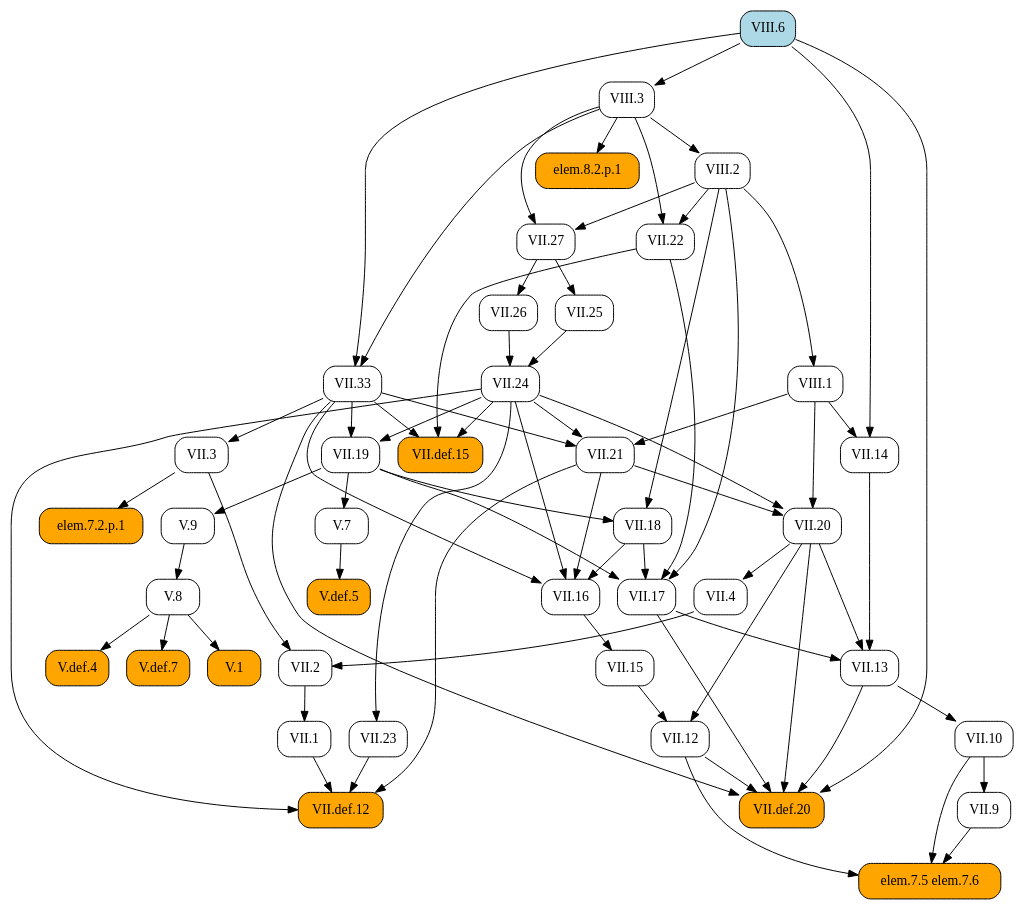
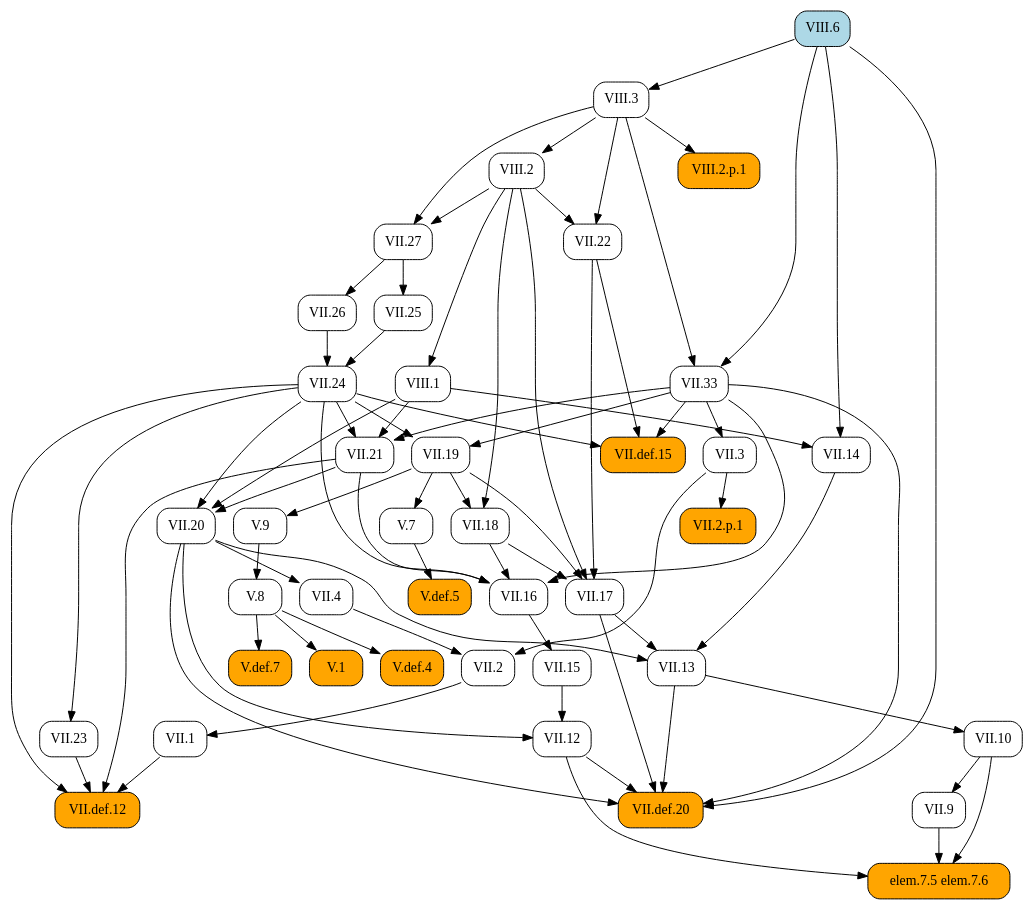
The diagram in docsrc/heath/VIII/6/index.rst (geometor/elements), drawn with Graphviz before and after one commit. The commit also changed 484 other files, not shown here.

```diff
--- a/docsrc/heath/VIII/6/index.rst
+++ b/docsrc/heath/VIII/6/index.rst
@@ -44,116 +44,116 @@
    digraph {
      rankdir="TB";
      node [shape=box, style=rounded];
-     "VII.1" [URL="/heath/VII/1/", target="_top"];
+     "VII.33" [URL="/heath/VII/33/", target="_top"];
+     "VII.12" [URL="/heath/VII/12/", target="_top"];
+     "elem.7.5 elem.7.6" [style="rounded,filled", fillcolor=orange];
+     "VIII.6" [style="rounded,filled", fillcolor=lightblue, URL="/heath/VIII/6/", target="_top"];
      "VII.9" [URL="/heath/VII/9/", target="_top"];
-     "V.def.5" [style="rounded,filled", fillcolor=orange, URL="/heath/V/def.5/", target="_top"];
-     "VII.17" [URL="/heath/VII/17/", target="_top"];
-     "VII.3" [URL="/heath/VII/3/", target="_top"];
-     "elem.7.5 elem.7.6" [style="rounded,filled", fillcolor=orange];
-     "V.7" [URL="/heath/V/7/", target="_top"];
-     "V.9" [URL="/heath/V/9/", target="_top"];
-     "VII.13" [URL="/heath/VII/13/", target="_top"];
-     "VII.2" [URL="/heath/VII/2/", target="_top"];
-     "VIII.1" [URL="/heath/VIII/1/", target="_top"];
      "VIII.2" [URL="/heath/VIII/2/", target="_top"];
-     "VII.12" [URL="/heath/VII/12/", target="_top"];
-     "VII.24" [URL="/heath/VII/24/", target="_top"];
-     "VIII.6" [style="rounded,filled", fillcolor=lightblue, URL="/heath/VIII/6/", target="_top"];
-     "VII.def.12" [style="rounded,filled", fillcolor=orange, URL="/heath/VII/def.12/", target="_top"];
-     "V.8" [URL="/heath/V/8/", target="_top"];
-     "VII.33" [URL="/heath/VII/33/", target="_top"];
-     "elem.7.2.p.1" [style="rounded,filled", fillcolor=orange];
-     "VII.10" [URL="/heath/VII/10/", target="_top"];
-     "VII.def.15" [style="rounded,filled", fillcolor=orange, URL="/heath/VII/def.15/", target="_top"];
-     "VII.19" [URL="/heath/VII/19/", target="_top"];
      "VII.18" [URL="/heath/VII/18/", target="_top"];
      "VII.16" [URL="/heath/VII/16/", target="_top"];
+     "V.7" [URL="/heath/V/7/", target="_top"];
      "VII.26" [URL="/heath/VII/26/", target="_top"];
-     "VII.4" [URL="/heath/VII/4/", target="_top"];
-     "VII.25" [URL="/heath/VII/25/", target="_top"];
-     "VII.21" [URL="/heath/VII/21/", target="_top"];
-     "V.1" [style="rounded,filled", fillcolor=orange, URL="/heath/V/1/", target="_top"];
-     "VII.20" [URL="/heath/VII/20/", target="_top"];
+     "V.def.5" [style="rounded,filled", fillcolor=orange, URL="/heath/V/def.5/", target="_top"];
+     "V.9" [URL="/heath/V/9/", target="_top"];
+     "VII.10" [URL="/heath/VII/10/", target="_top"];
+     "VIII.3" [URL="/heath/VIII/3/", target="_top"];
+     "VII.13" [URL="/heath/VII/13/", target="_top"];
+     "VII.def.15" [style="rounded,filled", fillcolor=orange, URL="/heath/VII/def.15/", target="_top"];
+     "VII.17" [URL="/heath/VII/17/", target="_top"];
+     "VIII.2.p.1" [style="rounded,filled", fillcolor=orange];
+     "VII.19" [URL="/heath/VII/19/", target="_top"];
+     "VII.2" [URL="/heath/VII/2/", target="_top"];
+     "VII.def.20" [style="rounded,filled", fillcolor=orange, URL="/heath/VII/def.20/", target="_top"];
+     "VII.2.p.1" [style="rounded,filled", fillcolor=orange];
+     "VII.15" [URL="/heath/VII/15/", target="_top"];
+     "V.def.4" [style="rounded,filled", fillcolor=orange, URL="/heath/V/def.4/", target="_top"];
+     "V.def.7" [style="rounded,filled", fillcolor=orange, URL="/heath/V/def.7/", target="_top"];
      "VII.14" [URL="/heath/VII/14/", target="_top"];
      "VII.27" [URL="/heath/VII/27/", target="_top"];
-     "VIII.3" [URL="/heath/VIII/3/", target="_top"];
-     "V.def.4" [style="rounded,filled", fillcolor=orange, URL="/heath/V/def.4/", target="_top"];
+     "VII.21" [URL="/heath/VII/21/", target="_top"];
      "VII.22" [URL="/heath/VII/22/", target="_top"];
-     "V.def.7" [style="rounded,filled", fillcolor=orange, URL="/heath/V/def.7/", target="_top"];
+     "VII.25" [URL="/heath/VII/25/", target="_top"];
+     "VIII.1" [URL="/heath/VIII/1/", target="_top"];
+     "VII.1" [URL="/heath/VII/1/", target="_top"];
+     "V.8" [URL="/heath/V/8/", target="_top"];
      "VII.23" [URL="/heath/VII/23/", target="_top"];
-     "VII.15" [URL="/heath/VII/15/", target="_top"];
-     "VII.def.20" [style="rounded,filled", fillcolor=orange, URL="/heath/VII/def.20/", target="_top"];
-     "elem.8.2.p.1" [style="rounded,filled", fillcolor=orange];
-     "VII.2" -> "VII.1";
-     "VII.10" -> "VII.9";
-     "V.7" -> "V.def.5";
-     "VII.18" -> "VII.17";
-     "VII.19" -> "VII.17";
-     "VII.22" -> "VII.17";
-     "VIII.2" -> "VII.17";
-     "VII.33" -> "VII.3";
+     "VII.4" [URL="/heath/VII/4/", target="_top"];
+     "VII.def.12" [style="rounded,filled", fillcolor=orange, URL="/heath/VII/def.12/", target="_top"];
+     "V.1" [style="rounded,filled", fillcolor=orange, URL="/heath/V/1/", target="_top"];
+     "VII.3" [URL="/heath/VII/3/", target="_top"];
+     "VII.24" [URL="/heath/VII/24/", target="_top"];
+     "VII.20" [URL="/heath/VII/20/", target="_top"];
+     "VIII.3" -> "VII.33";
+     "VIII.6" -> "VII.33";
+     "VII.15" -> "VII.12";
+     "VII.20" -> "VII.12";
      "VII.9" -> "elem.7.5 elem.7.6";
      "VII.10" -> "elem.7.5 elem.7.6";
      "VII.12" -> "elem.7.5 elem.7.6";
-     "VII.19" -> "V.7";
-     "VII.19" -> "V.9";
-     "VII.14" -> "VII.13";
-     "VII.17" -> "VII.13";
-     "VII.20" -> "VII.13";
-     "VII.3" -> "VII.2";
-     "VII.4" -> "VII.2";
-     "VIII.2" -> "VIII.1";
+     "VII.10" -> "VII.9";
      "VIII.3" -> "VIII.2";
-     "VII.15" -> "VII.12";
-     "VII.20" -> "VII.12";
-     "VII.25" -> "VII.24";
-     "VII.26" -> "VII.24";
-     "VII.1" -> "VII.def.12";
-     "VII.21" -> "VII.def.12";
-     "VII.23" -> "VII.def.12";
-     "VII.24" -> "VII.def.12";
-     "V.9" -> "V.8";
-     "VIII.3" -> "VII.33";
-     "VIII.6" -> "VII.33";
-     "VII.3" -> "elem.7.2.p.1";
-     "VII.13" -> "VII.10";
-     "VII.22" -> "VII.def.15";
-     "VII.24" -> "VII.def.15";
-     "VII.33" -> "VII.def.15";
-     "VII.24" -> "VII.19";
-     "VII.33" -> "VII.19";
      "VII.19" -> "VII.18";
      "VIII.2" -> "VII.18";
      "VII.18" -> "VII.16";
      "VII.21" -> "VII.16";
      "VII.24" -> "VII.16";
      "VII.33" -> "VII.16";
+     "VII.19" -> "V.7";
      "VII.27" -> "VII.26";
-     "VII.20" -> "VII.4";
-     "VII.27" -> "VII.25";
-     "VII.24" -> "VII.21";
-     "VII.33" -> "VII.21";
-     "VIII.1" -> "VII.21";
-     "V.8" -> "V.1";
-     "VII.21" -> "VII.20";
-     "VII.24" -> "VII.20";
-     "VIII.1" -> "VII.20";
-     "VIII.1" -> "VII.14";
-     "VIII.6" -> "VII.14";
-     "VIII.2" -> "VII.27";
-     "VIII.3" -> "VII.27";
+     "V.7" -> "V.def.5";
+     "VII.19" -> "V.9";
+     "VII.13" -> "VII.10";
      "VIII.6" -> "VIII.3";
-     "V.8" -> "V.def.4";
-     "VIII.2" -> "VII.22";
-     "VIII.3" -> "VII.22";
-     "V.8" -> "V.def.7";
-     "VII.24" -> "VII.23";
-     "VII.16" -> "VII.15";
+     "VII.14" -> "VII.13";
+     "VII.17" -> "VII.13";
+     "VII.20" -> "VII.13";
+     "VII.22" -> "VII.def.15";
+     "VII.24" -> "VII.def.15";
+     "VII.33" -> "VII.def.15";
+     "VII.18" -> "VII.17";
+     "VII.19" -> "VII.17";
+     "VII.22" -> "VII.17";
+     "VIII.2" -> "VII.17";
+     "VIII.3" -> "VIII.2.p.1";
+     "VII.24" -> "VII.19";
+     "VII.33" -> "VII.19";
+     "VII.3" -> "VII.2";
+     "VII.4" -> "VII.2";
      "VII.12" -> "VII.def.20";
      "VII.13" -> "VII.def.20";
      "VII.17" -> "VII.def.20";
      "VII.20" -> "VII.def.20";
      "VII.33" -> "VII.def.20";
      "VIII.6" -> "VII.def.20";
-     "VIII.3" -> "elem.8.2.p.1";
+     "VII.3" -> "VII.2.p.1";
+     "VII.16" -> "VII.15";
+     "V.8" -> "V.def.4";
+     "V.8" -> "V.def.7";
+     "VIII.1" -> "VII.14";
+     "VIII.6" -> "VII.14";
+     "VIII.2" -> "VII.27";
+     "VIII.3" -> "VII.27";
+     "VII.24" -> "VII.21";
+     "VII.33" -> "VII.21";
+     "VIII.1" -> "VII.21";
+     "VIII.2" -> "VII.22";
+     "VIII.3" -> "VII.22";
+     "VII.27" -> "VII.25";
+     "VIII.2" -> "VIII.1";
+     "VII.2" -> "VII.1";
+     "V.9" -> "V.8";
+     "VII.24" -> "VII.23";
+     "VII.20" -> "VII.4";
+     "VII.1" -> "VII.def.12";
+     "VII.21" -> "VII.def.12";
+     "VII.23" -> "VII.def.12";
+     "VII.24" -> "VII.def.12";
+     "V.8" -> "V.1";
+     "VII.33" -> "VII.3";
+     "VII.25" -> "VII.24";
+     "VII.26" -> "VII.24";
+     "VII.21" -> "VII.20";
+     "VII.24" -> "VII.20";
+     "VIII.1" -> "VII.20";
    }
```
